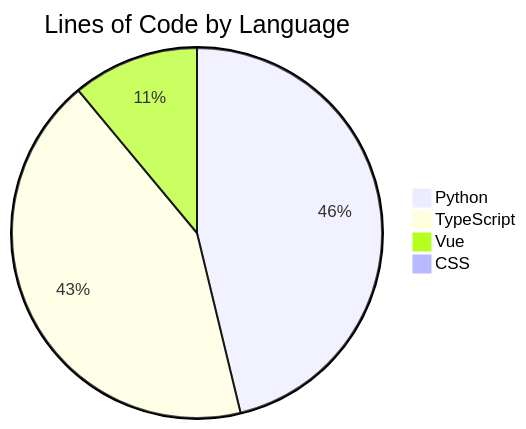
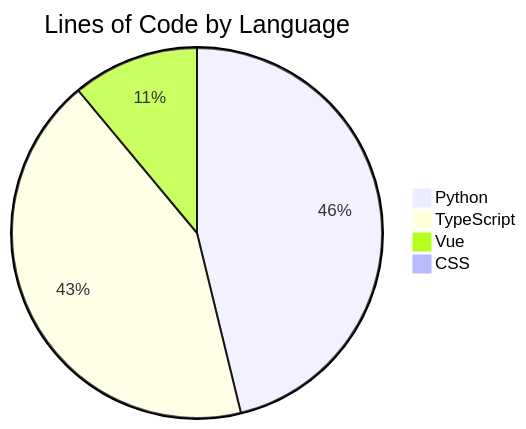
Before and after one commit to ISW-stack/AI3L-Community: the diagram in README.md, drawn with Mermaid. The commit also changed other lines of this file and 1 other file, not shown here.

````diff
--- a/README.md
+++ b/README.md
@@ -247,7 +247,7 @@
 ```mermaid
 pie title Lines of Code by Language
     "Python" : 82190
-    "TypeScript" : 75999
-    "Vue" : 19646
+    "TypeScript" : 76088
+    "Vue" : 19669
     "CSS" : 109
 ```
````
